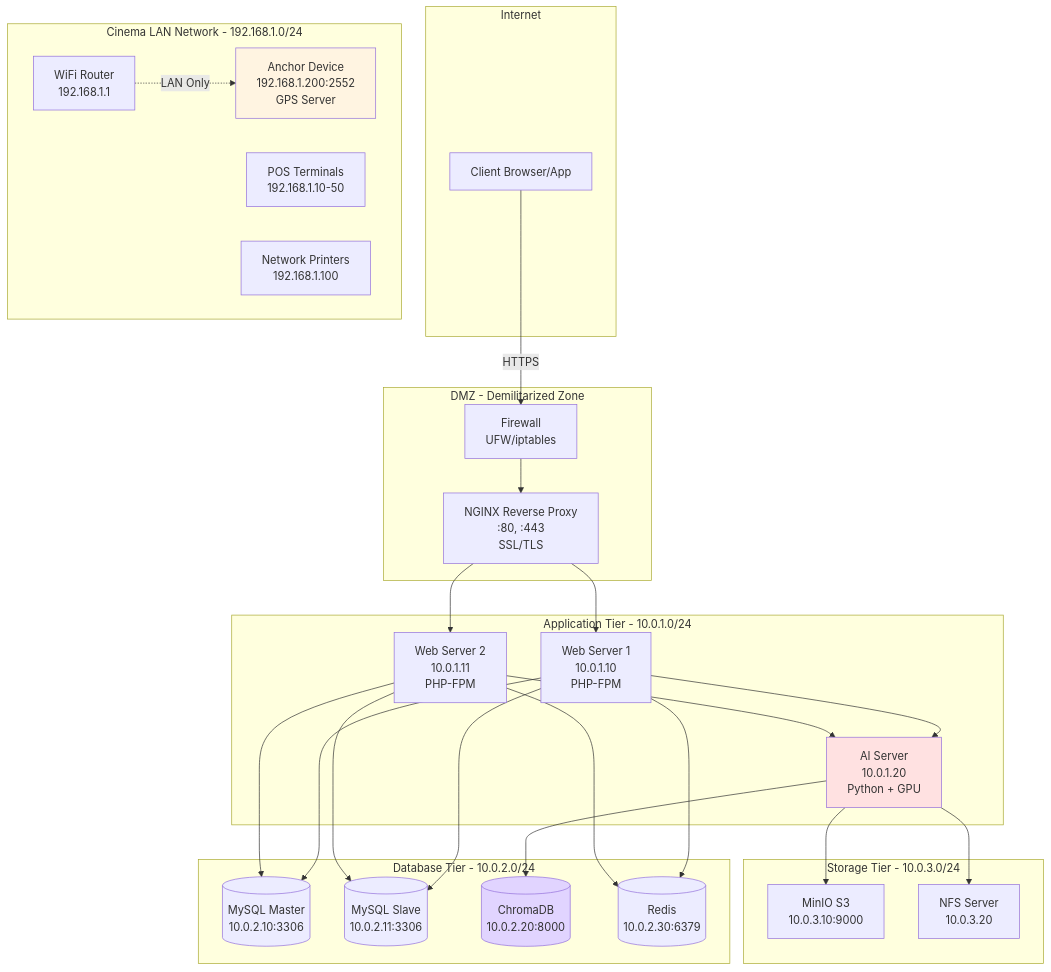
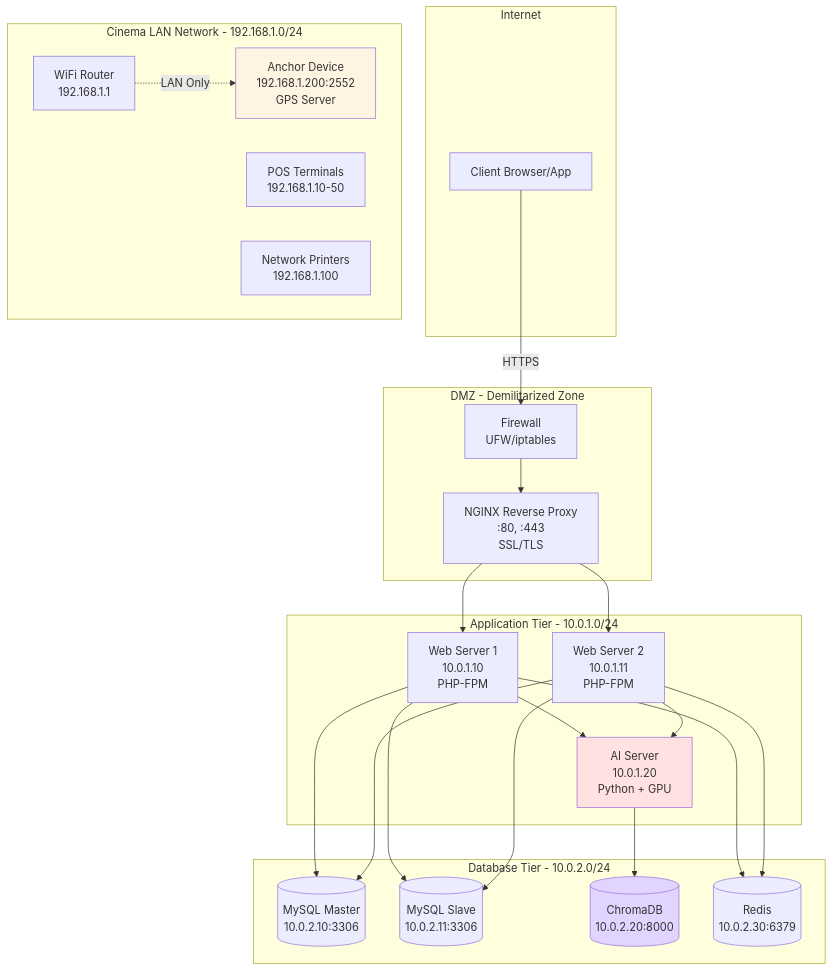
Before and after one commit to iuh21004175/EPIC--Theater-chain-management-system-NGINX-: diagram 11 of 12 in doc/TAI_LIEU_CHAM_CONG.md, drawn with Mermaid. The commit also changed other lines of this file, not shown here.

````diff
--- a/doc/TAI_LIEU_CHAM_CONG.md
+++ b/doc/TAI_LIEU_CHAM_CONG.md
@@ -801,62 +787,55 @@
 ```mermaid
 graph TB
     subgraph "Internet"
         CLIENT[Client Browser/App]
     end
     
     subgraph "DMZ - Demilitarized Zone"
         FW[Firewall<br/>UFW/iptables]
         NGINX[NGINX Reverse Proxy<br/>:80, :443<br/>SSL/TLS]
     end
     
     subgraph "Cinema LAN Network - 192.168.1.0/24"
         ROUTER[WiFi Router<br/>192.168.1.1]
         ANCHOR[Anchor Device<br/>192.168.1.200:2552<br/>GPS Server]
         POS[POS Terminals<br/>192.168.1.10-50]
         PRINTER[Network Printers<br/>192.168.1.100]
     end
     
     subgraph "Application Tier - 10.0.1.0/24"
         WEB1[Web Server 1<br/>10.0.1.10<br/>PHP-FPM]
         WEB2[Web Server 2<br/>10.0.1.11<br/>PHP-FPM]
         AI_SERVER[AI Server<br/>10.0.1.20<br/>Python + GPU]
     end
     
     subgraph "Database Tier - 10.0.2.0/24"
         DB_MASTER[(MySQL Master<br/>10.0.2.10:3306)]
         DB_SLAVE[(MySQL Slave<br/>10.0.2.11:3306)]
         CHROMA_DB[(ChromaDB<br/>10.0.2.20:8000)]
         REDIS_CACHE[(Redis<br/>10.0.2.30:6379)]
     end
     
-    subgraph "Storage Tier - 10.0.3.0/24"
-        MINIO[MinIO S3<br/>10.0.3.10:9000]
-        NFS_SHARE[NFS Server<br/>10.0.3.20]
-    end
-    
     CLIENT -->|HTTPS| FW
     FW --> NGINX
     NGINX --> WEB1
     NGINX --> WEB2
     
     ROUTER -.->|LAN Only| ANCHOR
     
     WEB1 --> DB_MASTER
     WEB2 --> DB_MASTER
     WEB1 --> DB_SLAVE
     WEB2 --> DB_SLAVE
     
     WEB1 --> AI_SERVER
     WEB2 --> AI_SERVER
     
     AI_SERVER --> CHROMA_DB
-    AI_SERVER --> MINIO
-    AI_SERVER --> NFS_SHARE
     
     WEB1 --> REDIS_CACHE
     WEB2 --> REDIS_CACHE
     
     style ANCHOR fill:#fff4e1
     style AI_SERVER fill:#ffe1e1
     style CHROMA_DB fill:#e1d4ff
 ```
````
